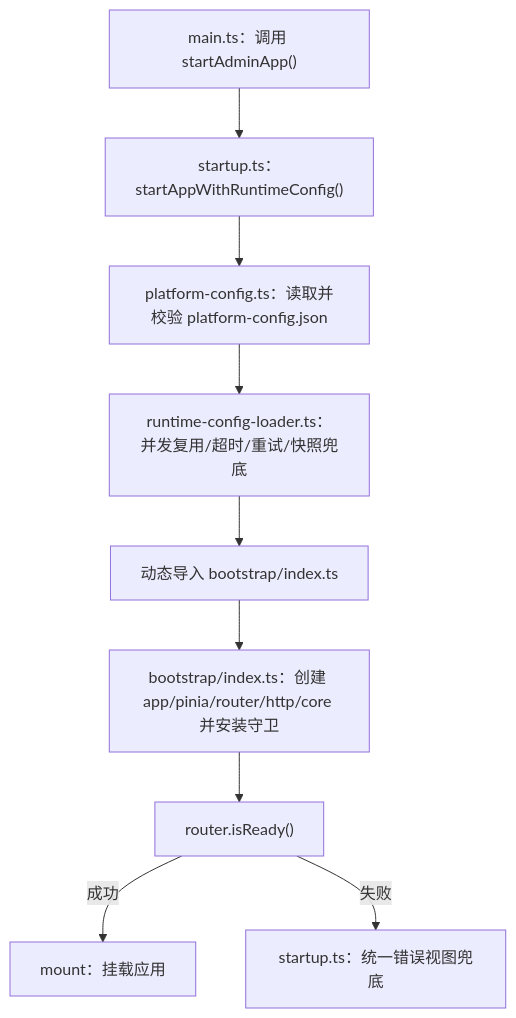
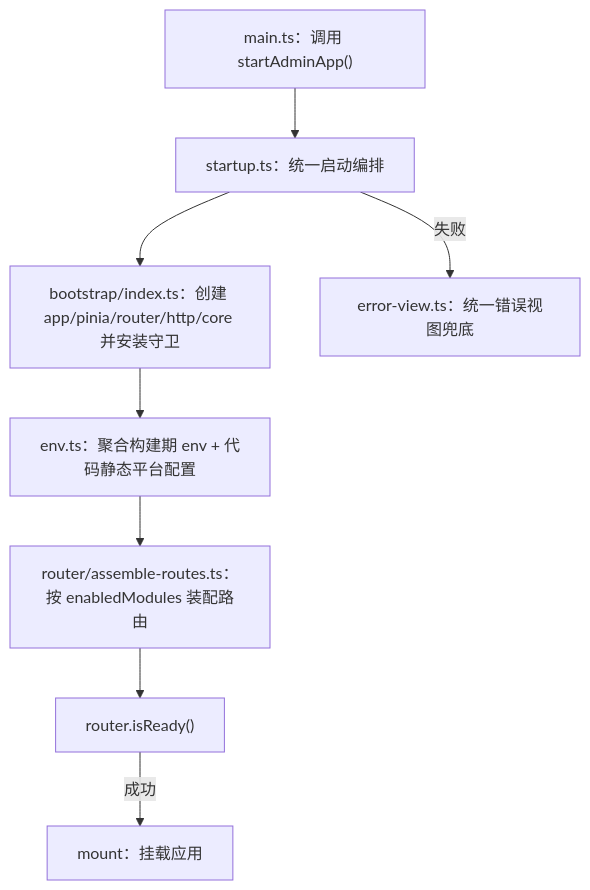
Before and after one commit to yuanxiao0115/one-base-template: the first of 3 diagrams in apps/docs/docs/guide/architecture-runtime-deep-dive.md, drawn with Mermaid. The commit also changed other lines of this file and 20 other files, not shown here.

````diff
--- a/apps/docs/docs/guide/architecture-runtime-deep-dive.md
+++ b/apps/docs/docs/guide/architecture-runtime-deep-dive.md
@@ -30,11 +29,10 @@
 ```mermaid
 flowchart TD
-  A["main.ts：调用 startAdminApp()"] --> B["startup.ts：startAppWithRuntimeConfig()"]
-  B --> C["platform-config.ts：读取并校验 platform-config.json"]
-  C --> D["runtime-config-loader.ts：并发复用/超时/重试/快照兜底"]
-  D --> E["动态导入 bootstrap/index.ts"]
-  E --> F["bootstrap/index.ts：创建 app/pinia/router/http/core 并安装守卫"]
-  F --> G["router.isReady()"]
-  G -->|成功| H["mount：挂载应用"]
-  G -->|失败| I["startup.ts：统一错误视图兜底"]
+  A["main.ts：调用 startAdminApp()"] --> B["startup.ts：统一启动编排"]
+  B --> C["bootstrap/index.ts：创建 app/pinia/router/http/core 并安装守卫"]
+  C --> D["env.ts：聚合构建期 env + 代码静态平台配置"]
+  D --> E["router/assemble-routes.ts：按 enabledModules 装配路由"]
+  E --> F["router.isReady()"]
+  F -->|成功| G["mount：挂载应用"]
+  B -->|失败| H["error-view.ts：统一错误视图兜底"]
 ```
````
